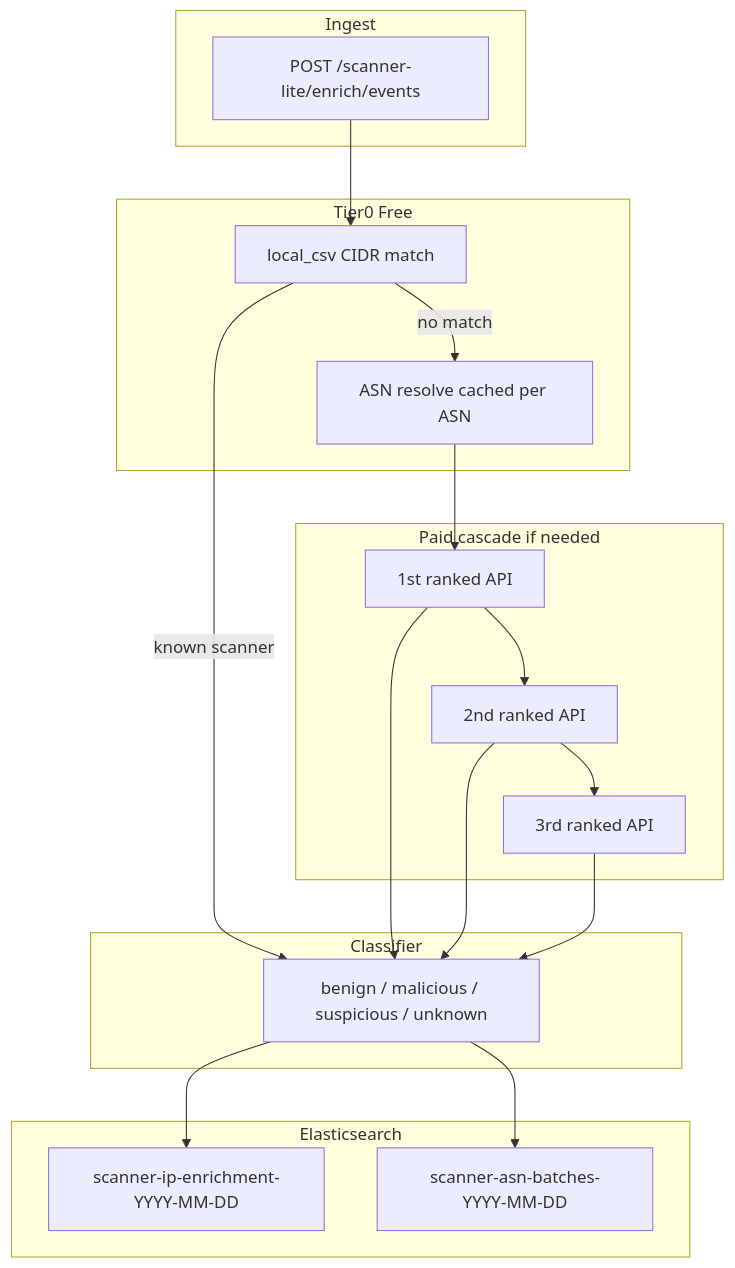
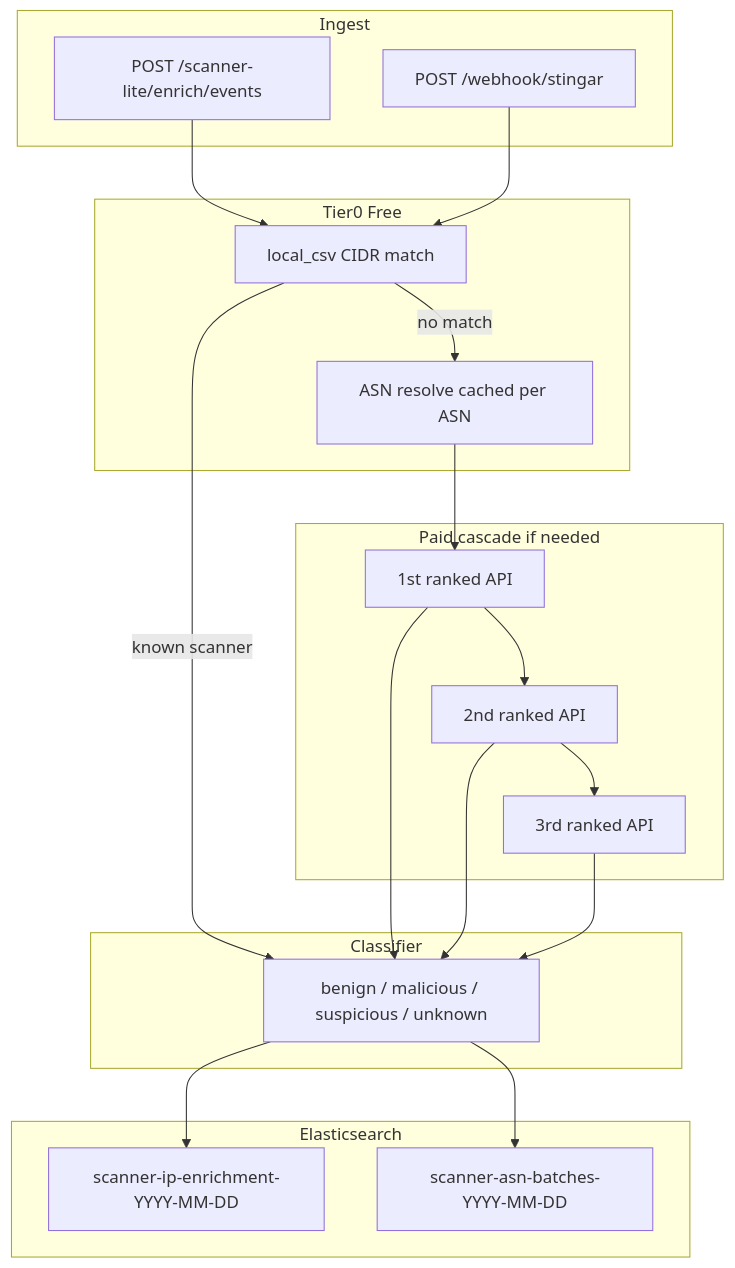
One commit to Rudhmilaa/threat-intel-agent changed the first of 2 diagrams in docs/SCANNER-LITE.md. Above: the diagram before and after it, drawn with Mermaid. The commit also changed other lines of this file and 14 other files, not shown here.

First line of the commit message:
Add STINGAR webhook ingest and Kibana dashboards for scanner-lite.

````diff
--- a/docs/SCANNER-LITE.md
+++ b/docs/SCANNER-LITE.md
@@ -20,35 +20,37 @@
 ```mermaid
 flowchart TB
     subgraph ingest [Ingest]
         API["POST /scanner-lite/enrich/events"]
+        WH["POST /webhook/stingar"]
     end
 
     subgraph tier0 [Tier0 Free]
         CSV["local_csv CIDR match"]
         ASN["ASN resolve cached per ASN"]
     end
 
     subgraph cascade [Paid cascade if needed]
         E1["1st ranked API"]
         E2["2nd ranked API"]
         E3["3rd ranked API"]
     end
 
     subgraph classify [Classifier]
         CAT["benign / malicious / suspicious / unknown"]
     end
 
     subgraph store [Elasticsearch]
         IPIdx["scanner-ip-enrichment-YYYY-MM-DD"]
         ASNIdx["scanner-asn-batches-YYYY-MM-DD"]
     end
 
     API --> CSV
+    WH --> CSV
     CSV -->|known scanner| CAT
     CSV -->|no match| ASN --> E1 --> E2 --> E3
     E1 --> CAT
     E2 --> CAT
     E3 --> CAT
     CAT --> IPIdx
     CAT --> ASNIdx
 ```
````
